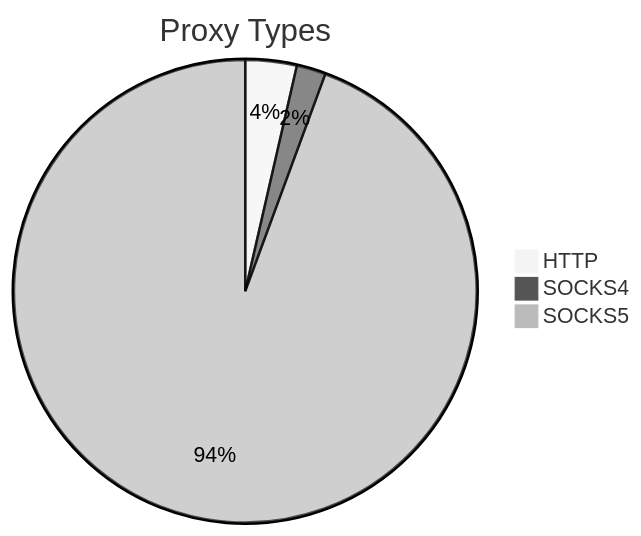
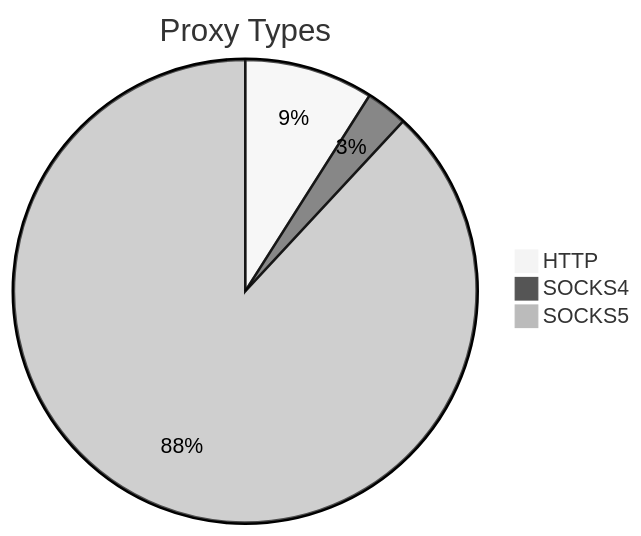
One commit to stormsia/proxy-list changed the first of 2 diagrams in README.md. Above: the diagram before and after it, drawn with Mermaid (neutral theme). The commit also changed other lines of this file, not shown here.

````diff
--- a/README.md
+++ b/README.md
@@ -21,6 +21,6 @@
 ```mermaid
 pie title Proxy Types
-    "HTTP" : 51
-    "SOCKS4" : 29
-    "SOCKS5" : 1343
+    "HTTP" : 192
+    "SOCKS4" : 62
+    "SOCKS5" : 1878
 ```
````
